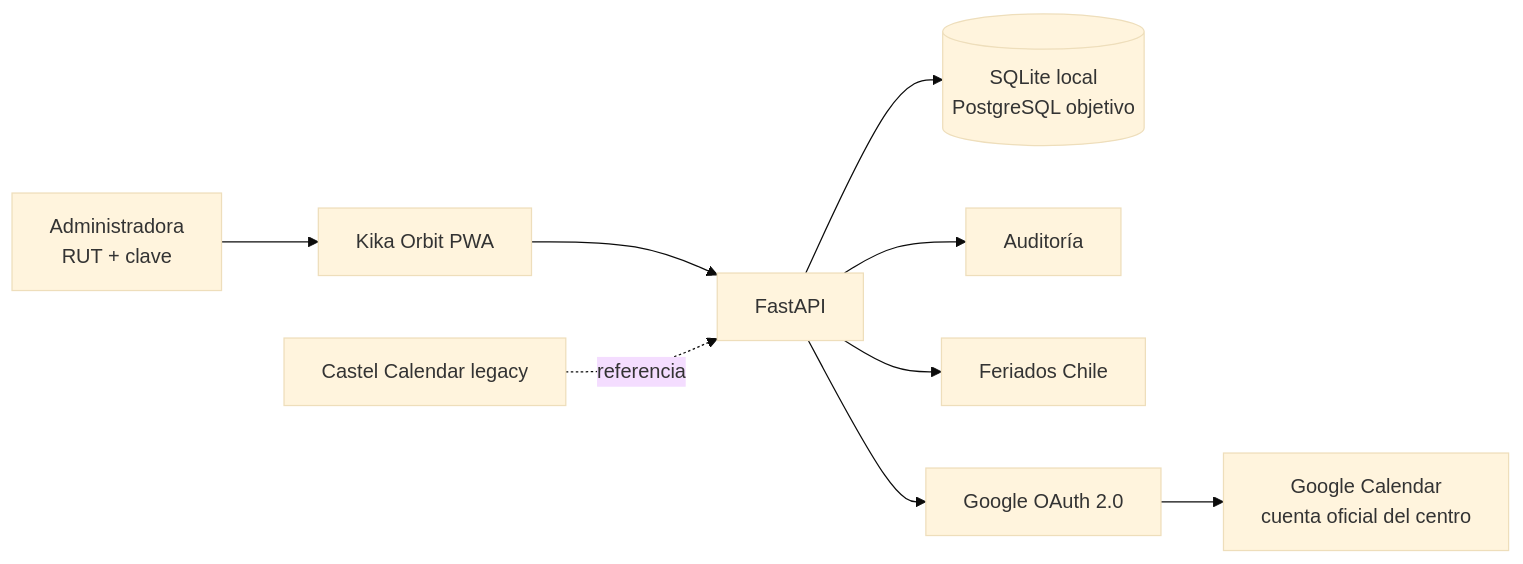
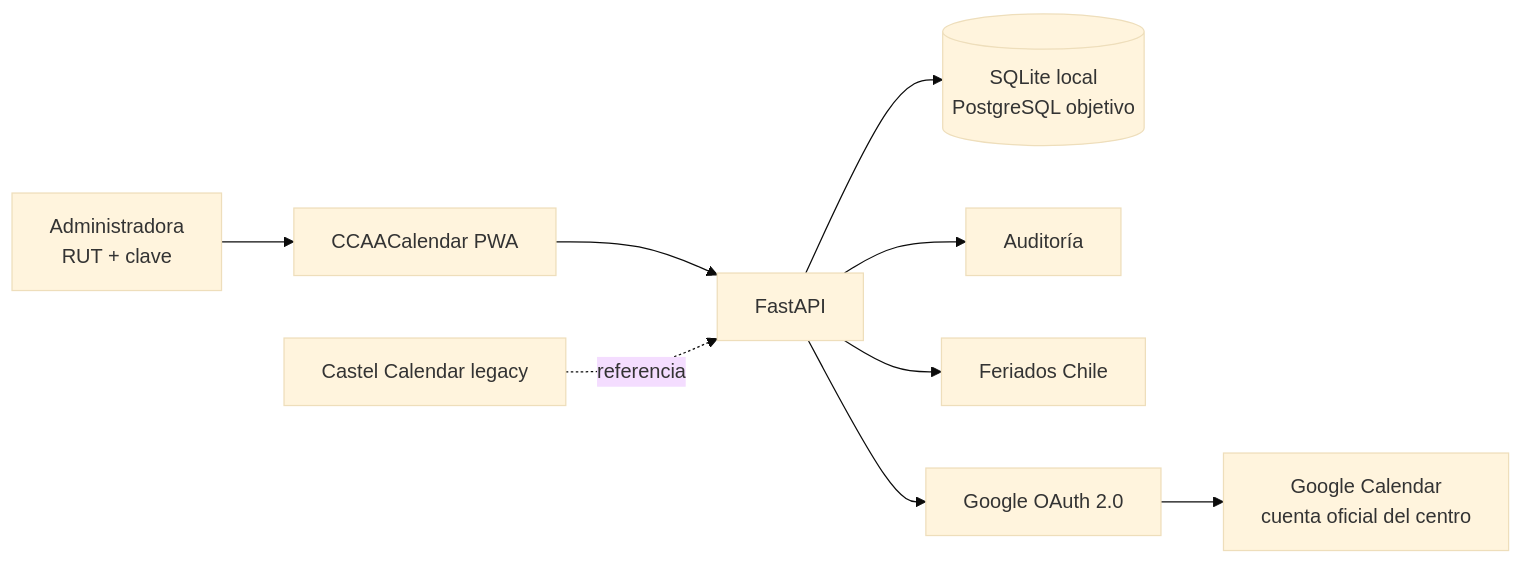
Before and after one commit to JackStar6677-1/CCAACalendar: the diagram in README.md, drawn with Mermaid (base theme). The commit also changed other lines of this file and 73 other files, not shown here.

````diff
--- a/README.md
+++ b/README.md
@@ -64,11 +64,11 @@
 ```mermaid
 flowchart LR
-    Admin["Administradora<br/>RUT + clave"] --> Web["Kika Orbit PWA"]
+    Admin["Administradora<br/>RUT + clave"] --> Web["CCAACalendar PWA"]
     Web --> API["FastAPI"]
     API --> DB[("SQLite local<br/>PostgreSQL objetivo")]
     API --> Audit["Auditoría"]
     API --> Holidays["Feriados Chile"]
     API --> OAuth["Google OAuth 2.0"]
     OAuth --> Calendar["Google Calendar<br/>cuenta oficial del centro"]
     Legacy["Castel Calendar legacy"] -.referencia.-> API
 ```
````
